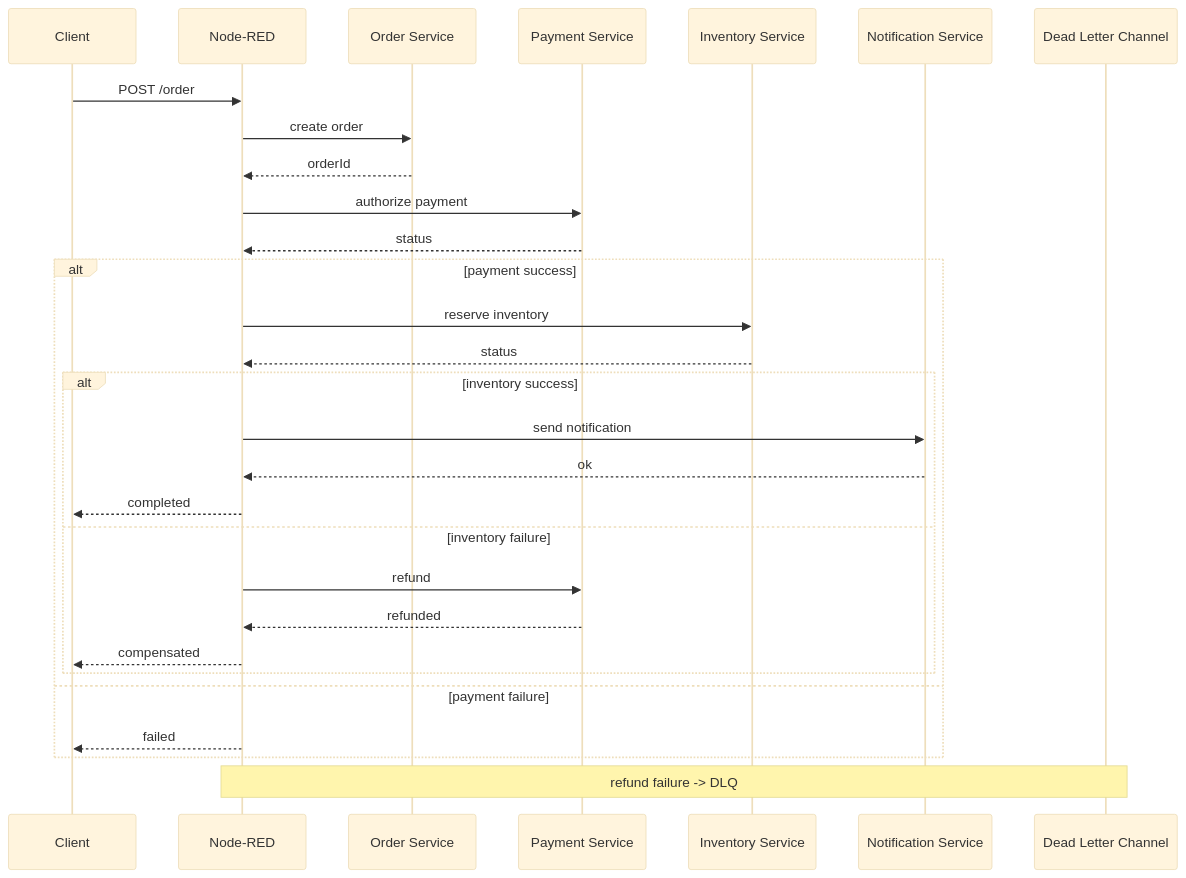
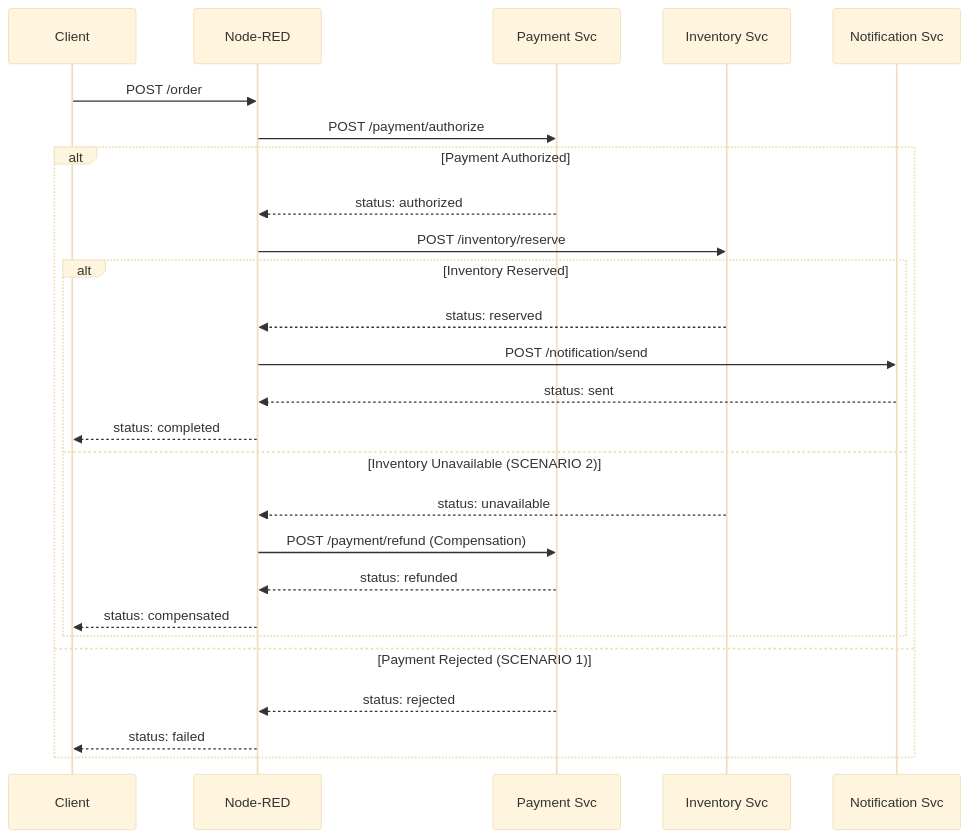
Before and after one commit to twistz11/turiba-eai-labs: the third of 3 diagrams in practice-04-capstone/readme.md, drawn with Mermaid (base theme). The commit also changed other lines of this file, not shown here.

````diff
--- a/practice-04-capstone/readme.md
+++ b/practice-04-capstone/readme.md
@@ -48,37 +54,32 @@
 ```mermaid
 sequenceDiagram
     participant C as Client
     participant NR as Node-RED
-    participant O as Order Service
-    participant P as Payment Service
-    participant I as Inventory Service
-    participant N as Notification Service
-    participant DLQ as Dead Letter Channel
+    participant P as Payment Svc
+    participant I as Inventory Svc
+    participant N as Notification Svc
 
     C->>NR: POST /order
-
-    NR->>O: create order
-    O-->>NR: orderId
-
-    NR->>P: authorize payment
-    P-->>NR: status
-
-    alt payment success
-        NR->>I: reserve inventory
-        I-->>NR: status
-
-        alt inventory success
-            NR->>N: send notification
-            N-->>NR: ok
-            NR-->>C: completed
-        else inventory failure
-            NR->>P: refund
-            P-->>NR: refunded
-            NR-->>C: compensated
+    NR->>P: POST /payment/authorize
+    
+    alt Payment Authorized
+        P-->>NR: status: authorized
+        NR->>I: POST /inventory/reserve
+        
+        alt Inventory Reserved
+            I-->>NR: status: reserved
+            NR->>N: POST /notification/send
+            N-->>NR: status: sent
+            NR-->>C: status: completed
+        else Inventory Unavailable (SCENARIO 2)
+            I-->>NR: status: unavailable
+            NR->>P: POST /payment/refund (Compensation)
+            P-->>NR: status: refunded
+            NR-->>C: status: compensated
         end
-    else payment failure
-        NR-->>C: failed
+        
+    else Payment Rejected (SCENARIO 1)
+        P-->>NR: status: rejected
+        NR-->>C: status: failed
     end
-
-    note over NR,DLQ: refund failure -> DLQ
 ```
````
